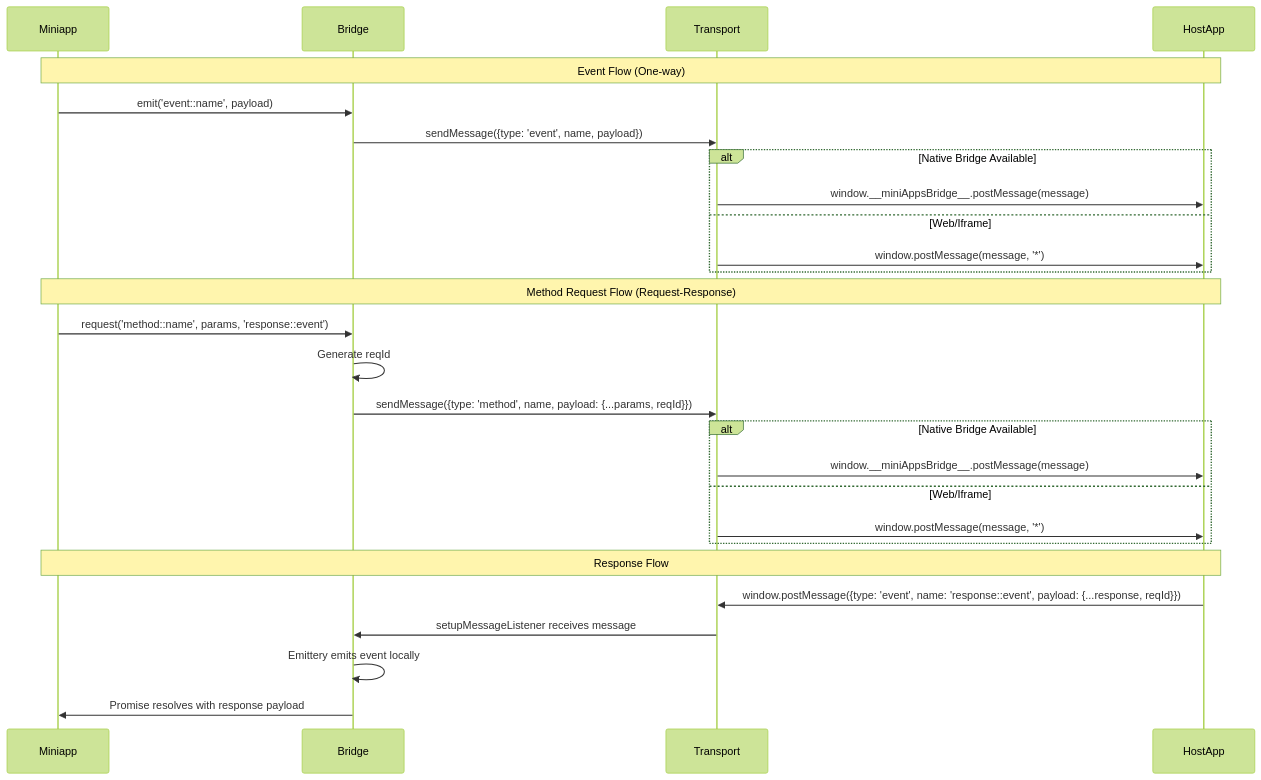
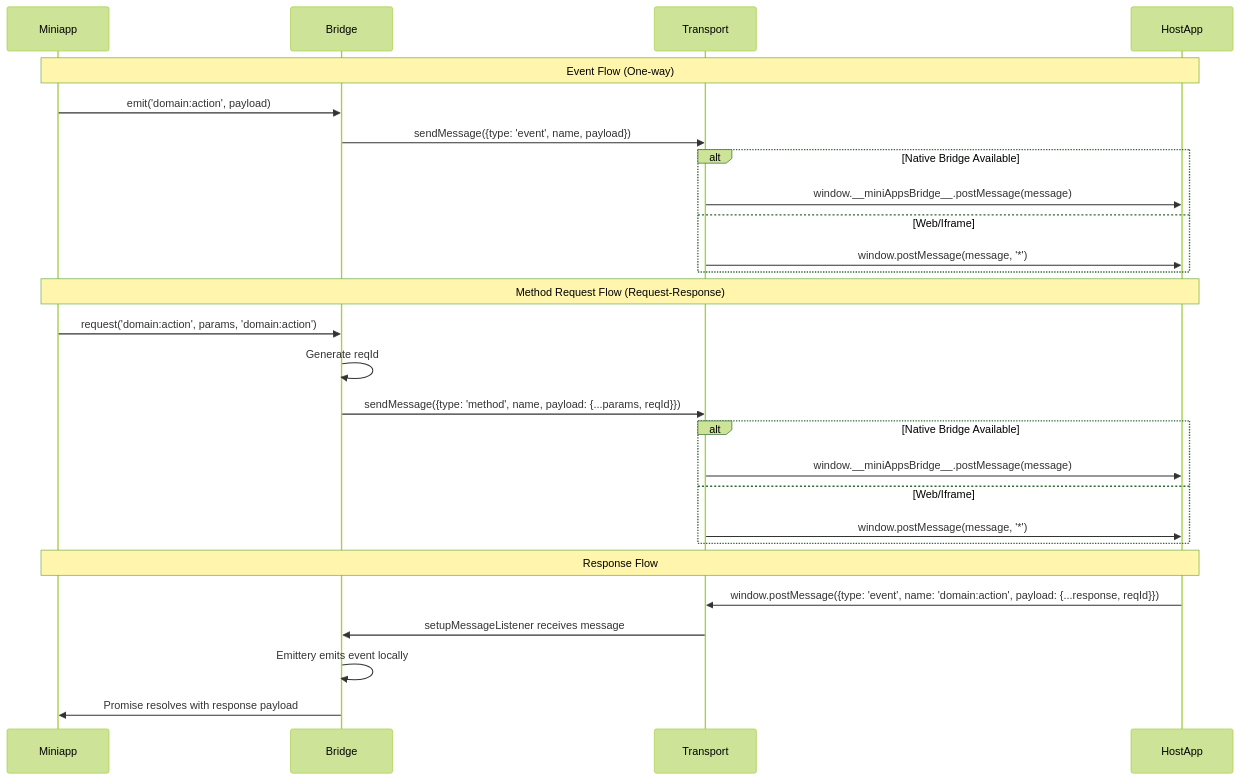
Before and after one commit to alien-id/miniapp-sdk: the diagram in docs/bridge.md, drawn with Mermaid (forest theme). The commit also changed other lines of this file and 11 other files, not shown here.

Commit message:
refactor: update event and method naming conventions to use `<domain>:<action>` format across documentation and examples

````diff
--- a/docs/bridge.md
+++ b/docs/bridge.md
@@ -19,32 +20,32 @@
 ```mermaid
 sequenceDiagram
     participant Miniapp
     participant Bridge
     participant Transport
     participant HostApp
 
     Note over Miniapp,HostApp: Event Flow (One-way)
-    Miniapp->>Bridge: emit('event::name', payload)
+    Miniapp->>Bridge: emit('domain:action', payload)
     Bridge->>Transport: sendMessage({type: 'event', name, payload})
     alt Native Bridge Available
         Transport->>HostApp: window.__miniAppsBridge__.postMessage(message)
     else Web/Iframe
         Transport->>HostApp: window.postMessage(message, '*')
     end
     
     Note over Miniapp,HostApp: Method Request Flow (Request-Response)
-    Miniapp->>Bridge: request('method::name', params, 'response::event')
+    Miniapp->>Bridge: request('domain:action', params, 'domain:action')
     Bridge->>Bridge: Generate reqId
     Bridge->>Transport: sendMessage({type: 'method', name, payload: {...params, reqId}})
     alt Native Bridge Available
         Transport->>HostApp: window.__miniAppsBridge__.postMessage(message)
     else Web/Iframe
         Transport->>HostApp: window.postMessage(message, '*')
     end
     
     Note over HostApp,Miniapp: Response Flow
-    HostApp->>Transport: window.postMessage({type: 'event', name: 'response::event', payload: {...response, reqId}})
+    HostApp->>Transport: window.postMessage({type: 'event', name: 'domain:action', payload: {...response, reqId}})
     Transport->>Bridge: setupMessageListener receives message
     Bridge->>Bridge: Emittery emits event locally
     Bridge->>Miniapp: Promise resolves with response payload
 ```
````
